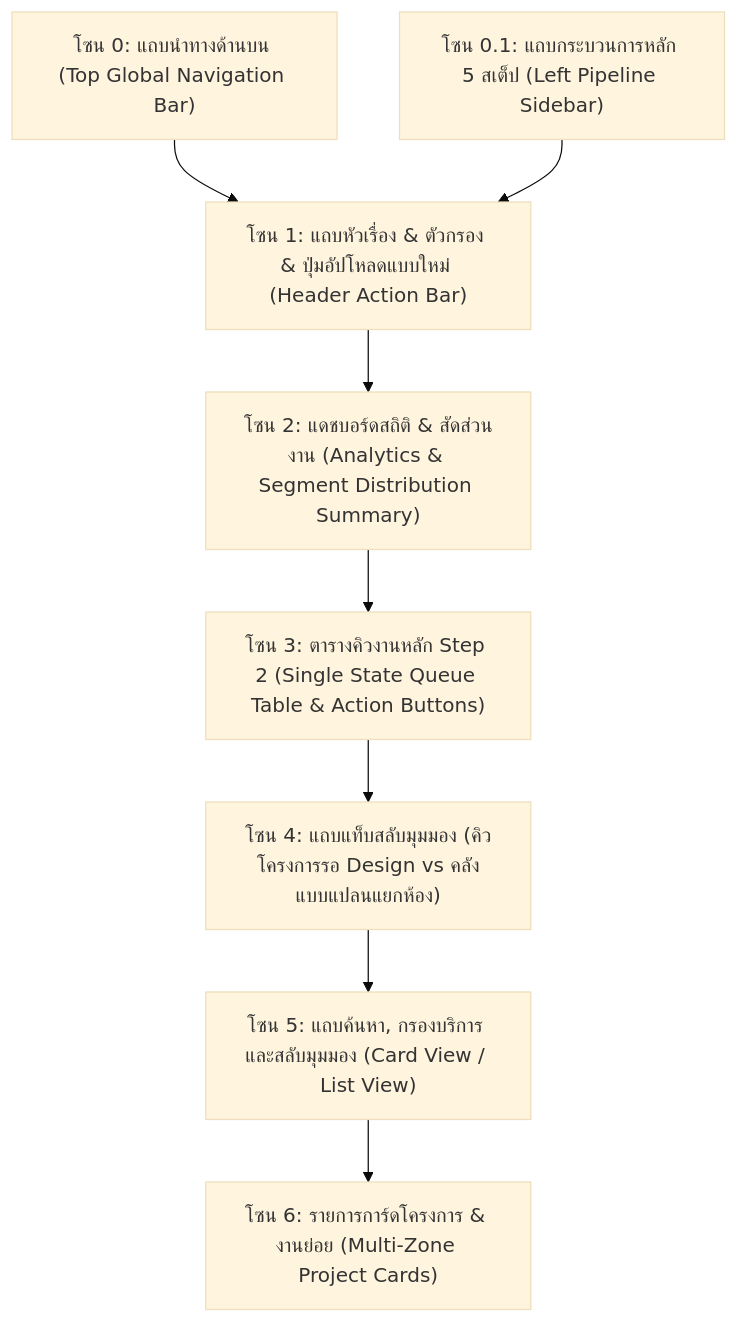
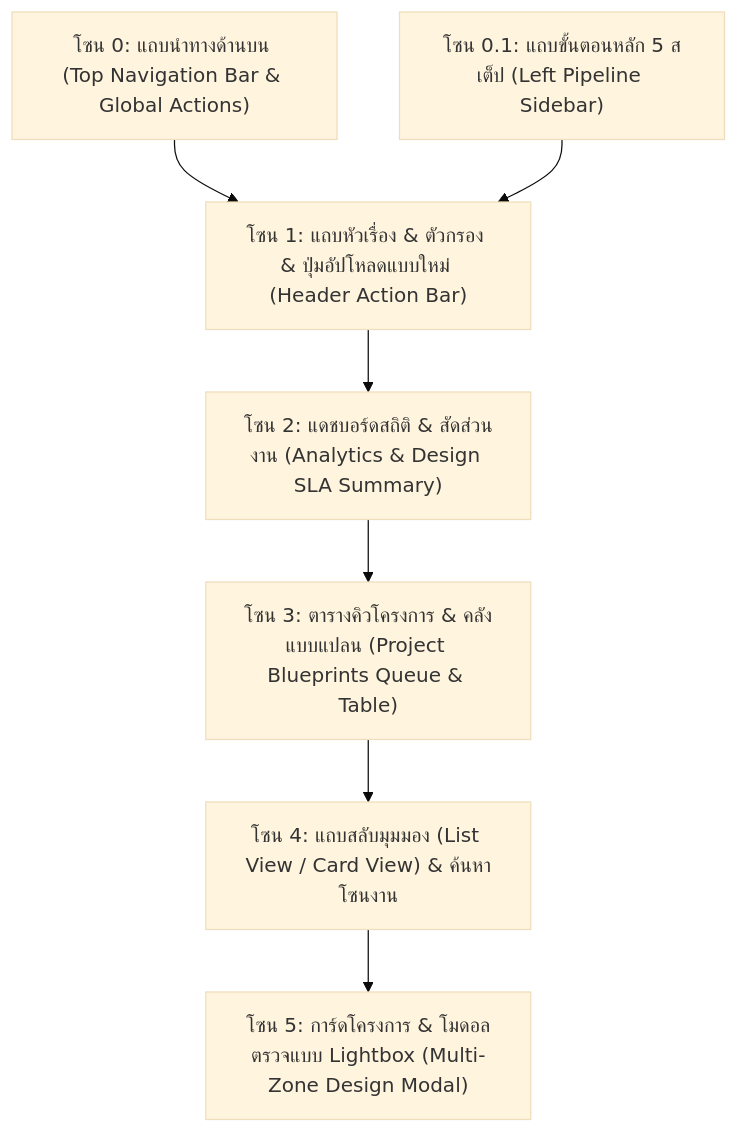
One commit to isarachootip/pmt_flow changed the first of 2 diagrams in doc/คู่มือการใช้งาน_Step2_บันทึกแบบแปลนติดตั้ง.md. Above: the diagram before and after it, drawn with Mermaid (base theme). The commit also changed other lines of this file and 6 other files, not shown here.

Commit message:
feat: integrate Step 2 Design & Step 3 BOQ into Step 1 Unified Order Studio with 1-click proceed and sync docs

````diff
--- a/doc/คู่มือการใช้งาน_Step2_บันทึกแบบแปลนติดตั้ง.md
+++ b/doc/คู่มือการใช้งาน_Step2_บันทึกแบบแปลนติดตั้ง.md
@@ -28,19 +31,17 @@
 ```mermaid
 graph TD
-    Z0["โซน 0: แถบนำทางด้านบน (Top Global Navigation Bar)"]
-    Z01["โซน 0.1: แถบกระบวนการหลัก 5 สเต็ป (Left Pipeline Sidebar)"]
+    Z0["โซน 0: แถบนำทางด้านบน (Top Navigation Bar & Global Actions)"]
+    Z01["โซน 0.1: แถบขั้นตอนหลัก 5 สเต็ป (Left Pipeline Sidebar)"]
     Z1["โซน 1: แถบหัวเรื่อง & ตัวกรอง & ปุ่มอัปโหลดแบบใหม่ (Header Action Bar)"]
-    Z2["โซน 2: แดชบอร์ดสถิติ & สัดส่วนงาน (Analytics & Segment Distribution Summary)"]
-    Z3["โซน 3: ตารางคิวงานหลัก Step 2 (Single State Queue Table & Action Buttons)"]
-    Z4["โซน 4: แถบแท็บสลับมุมมอง (คิวโครงการรอ Design vs คลังแบบแปลนแยกห้อง)"]
-    Z5["โซน 5: แถบค้นหา, กรองบริการ และสลับมุมมอง (Card View / List View)"]
-    Z6["โซน 6: รายการการ์ดโครงการ & งานย่อย (Multi-Zone Project Cards)"]
+    Z2["โซน 2: แดชบอร์ดสถิติ & สัดส่วนงาน (Analytics & Design SLA Summary)"]
+    Z3["โซน 3: ตารางคิวโครงการ & คลังแบบแปลน (Project Blueprints Queue & Table)"]
+    Z4["โซน 4: แถบสลับมุมมอง (List View / Card View) & ค้นหาโซนงาน"]
+    Z5["โซน 5: การ์ดโครงการ & โมดอลตรวจแบบ Lightbox (Multi-Zone Design Modal)"]
 
     Z0 --> Z1
     Z01 --> Z1
     Z1 --> Z2
     Z2 --> Z3
     Z3 --> Z4
     Z4 --> Z5
-    Z5 --> Z6
 ```
````
